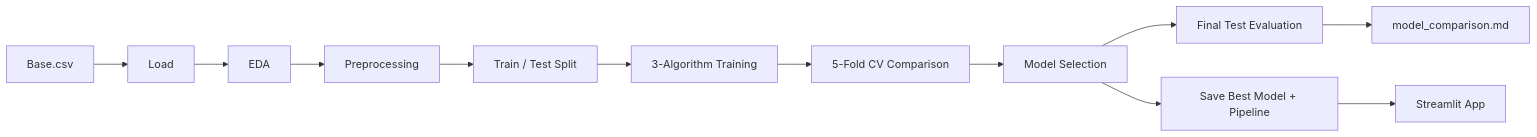
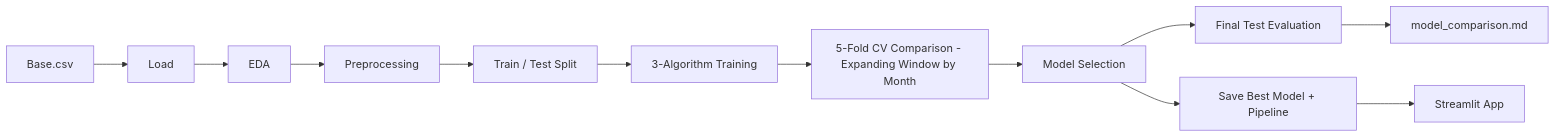
One commit to kira-ml/delayed-label-fraud-decisioning changed the first of 2 diagrams in docs/mvp_architecture.md. Above: the diagram before and after it, drawn with Mermaid. The commit also changed other lines of this file, not shown here.

Commit message:
Fix stale test count, score.py description, and CV node label in architecture doc

````diff
--- a/docs/mvp_architecture.md
+++ b/docs/mvp_architecture.md
@@ -43,14 +43,14 @@
 ```mermaid
 flowchart LR
     A[Base.csv] --> B[Load]
     B --> C[EDA]
     C --> D[Preprocessing]
     D --> E[Train / Test Split]
     E --> F[3-Algorithm Training]
-    F --> G[5-Fold CV Comparison]
+    F --> G[5-Fold CV Comparison - Expanding Window by Month]
     G --> H[Model Selection]
     H --> I[Final Test Evaluation]
     H --> J[Save Best Model + Pipeline]
     J --> K[Streamlit App]
     I --> L[model_comparison.md]
 ```
````
